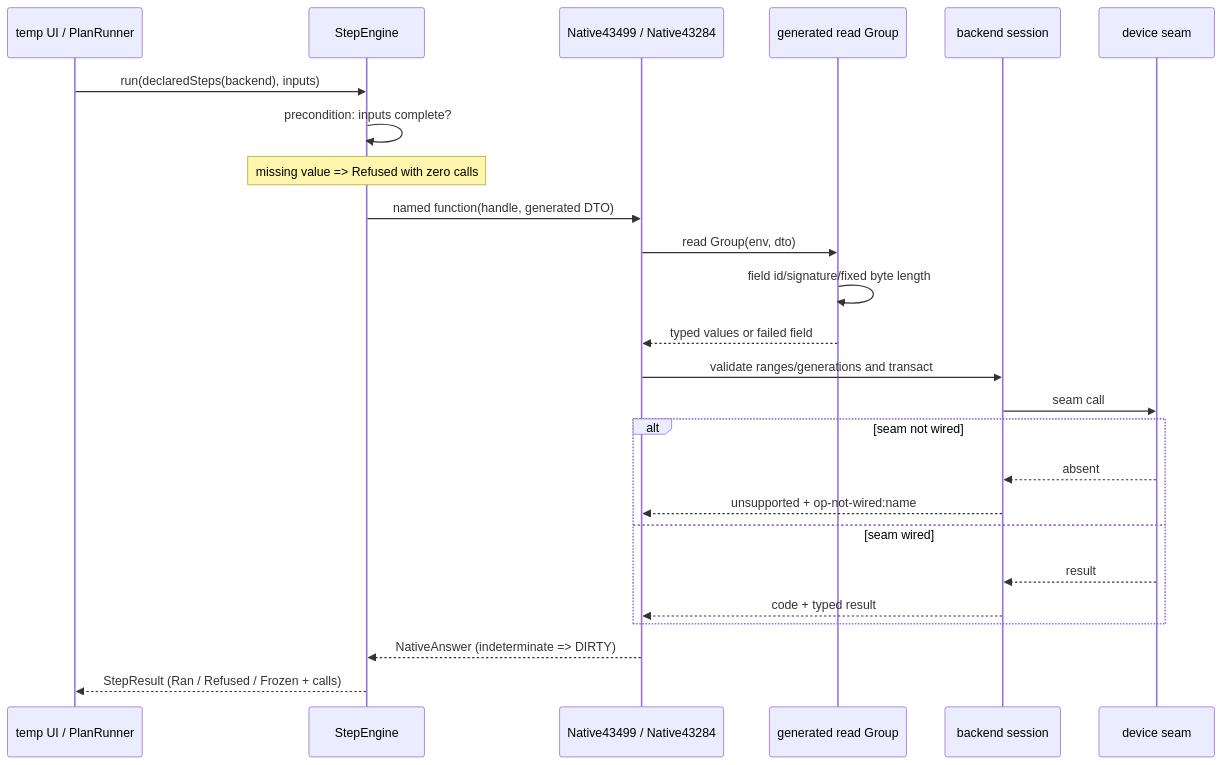
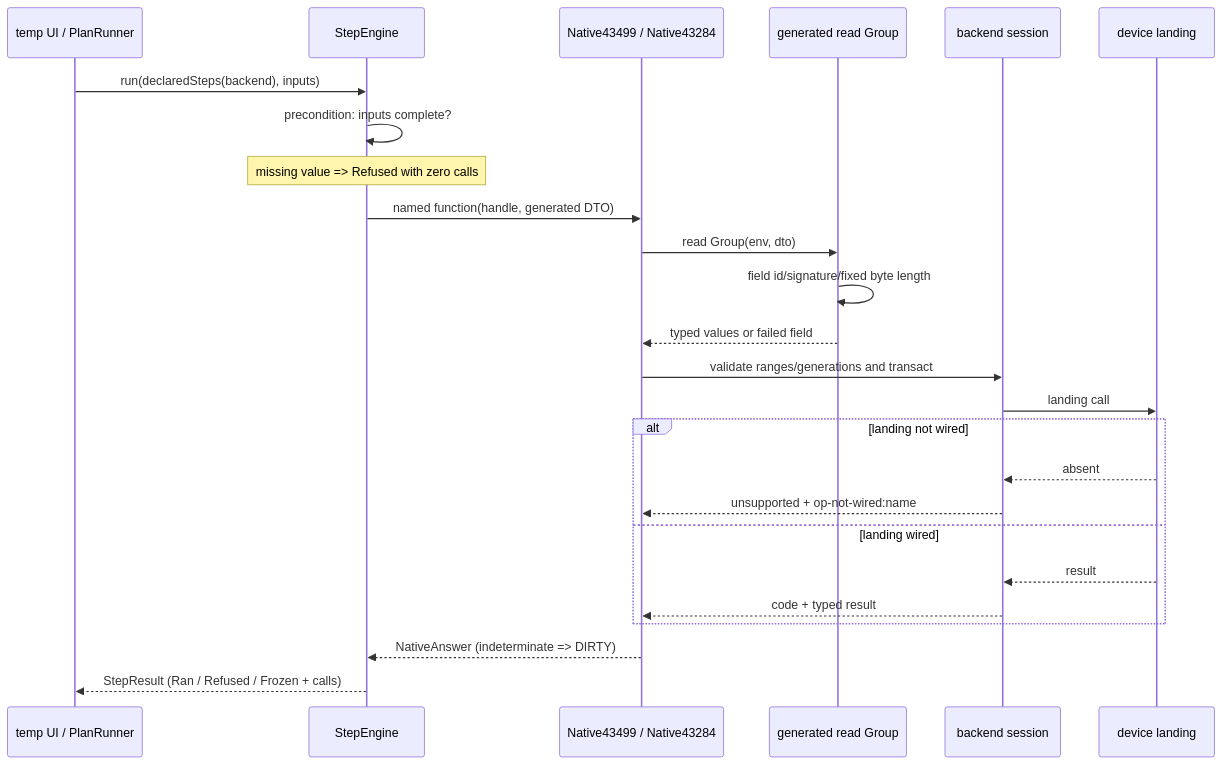
Before and after one commit to YuKongA/ghostlock-app: diagram 15 of 15 in docs/development/full-process-uml.md, drawn with Mermaid. The commit also changed other lines of this file and 270 other files, not shown here.

First line of the commit message:
refactor(naming): R2 - the 43499 landing primitives lose the word 'seam'

````diff
--- a/docs/development/full-process-uml.md
+++ b/docs/development/full-process-uml.md
@@ -521,27 +521,27 @@
 ```mermaid
 sequenceDiagram
   participant U as temp UI / PlanRunner
   participant E as StepEngine
   participant K as Native43499 / Native43284
   participant R as generated read Group
   participant N as backend session
-  participant D as device seam
+  participant D as device landing
   U->>E: run(declaredSteps(backend), inputs)
   E->>E: precondition: inputs complete?
   Note over E: missing value => Refused with zero calls
   E->>K: named function(handle, generated DTO)
   K->>R: read Group(env, dto)
   R->>R: field id/signature/fixed byte length
   R-->>K: typed values or failed field
   K->>N: validate ranges/generations and transact
-  N->>D: seam call
-  alt seam not wired
+  N->>D: landing call
+  alt landing not wired
     D-->>N: absent
     N-->>K: unsupported + op-not-wired:name
-  else seam wired
+  else landing wired
     D-->>N: result
     N-->>K: code + typed result
   end
   K-->>E: NativeAnswer (indeterminate => DIRTY)
   E-->>U: StepResult (Ran / Refused / Frozen + calls)
 ```
````
